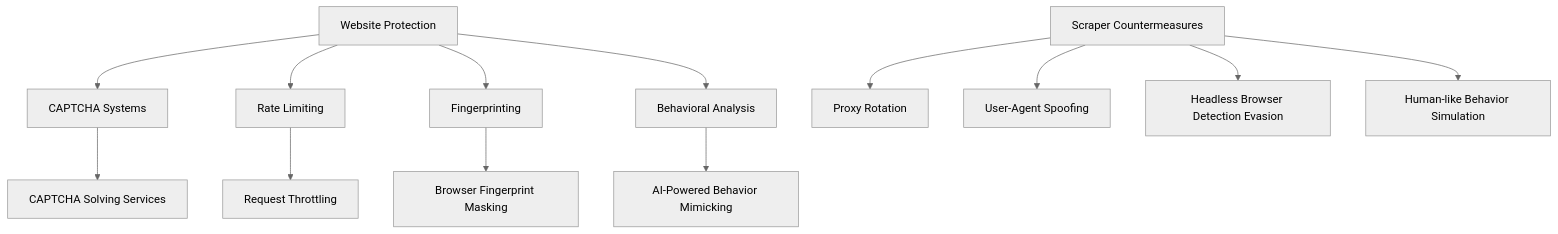
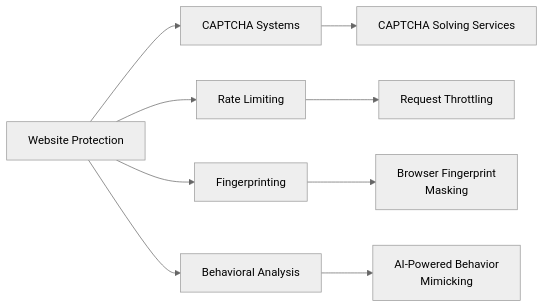
One commit to bytetunnels/bytetunnels.github.com changed the second of 4 diagrams in _posts/2025-04-27-evolution-of-web-scraping-from-then-to-now.md. Above: the diagram before and after it, drawn with Mermaid (neutral theme). The commit also changed other lines of this file and 118 other files, not shown here.

Commit message:
feat: improve diagram styling and compact wide flowcharts

````diff
--- a/_posts/2025-04-27-evolution-of-web-scraping-from-then-to-now.md
+++ b/_posts/2025-04-27-evolution-of-web-scraping-from-then-to-now.md
@@ -182,17 +173,12 @@
 ```mermaid
-graph TD
+graph LR
     A[Website Protection] --> B[CAPTCHA Systems]
     A --> C[Rate Limiting]
     A --> D[Fingerprinting]
     A --> E[Behavioral Analysis]
-    
-    F[Scraper Countermeasures] --> G[Proxy Rotation]
-    F --> H[User-Agent Spoofing]
-    F --> I[Headless Browser Detection Evasion]
-    F --> J[Human-like Behavior Simulation]
-    
+
     B --> K[CAPTCHA Solving Services]
     C --> L[Request Throttling]
-    D --> M[Browser Fingerprint Masking]
-    E --> N[AI-Powered Behavior Mimicking]
+    D --> M["Browser Fingerprint<br/>Masking"]
+    E --> N["AI-Powered Behavior<br/>Mimicking"]
 ```
````
